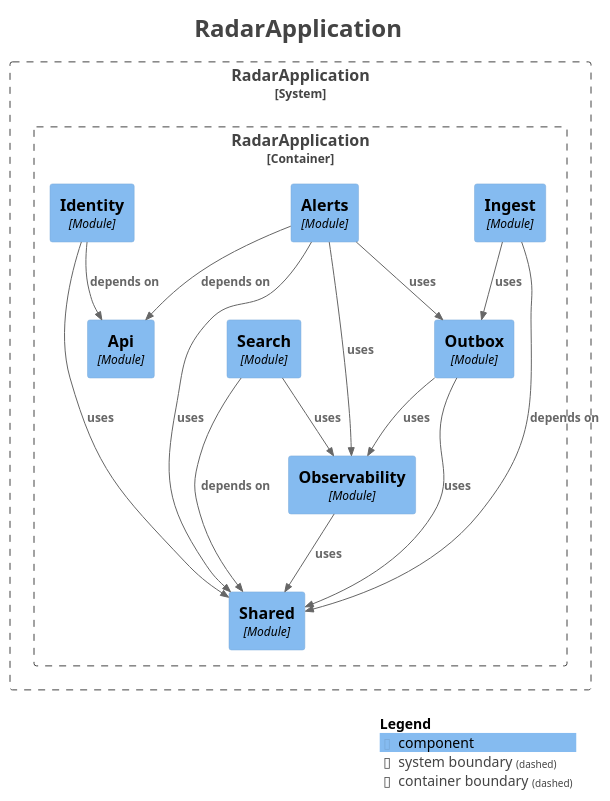
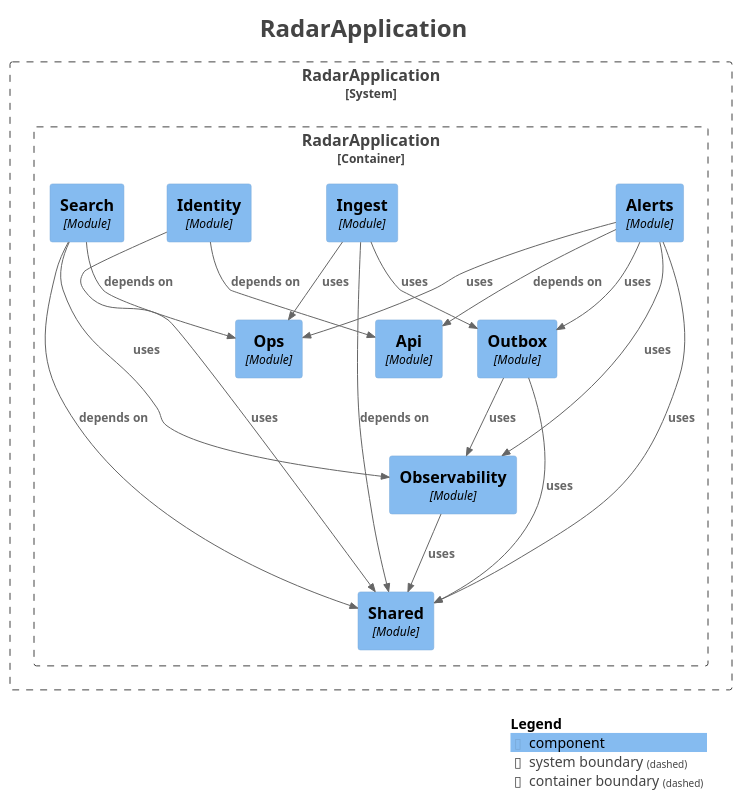
The diagram in docs/modules/components.puml (MiguelSanzBr/radar-licitacoes), drawn with PlantUML before and after one commit. The commit also changed 118 other files, not shown here.

```diff
--- a/docs/modules/components.puml
+++ b/docs/modules/components.puml
@@ -1,48 +1,52 @@
 @startuml
 title <size:24>RadarApplication</size>
 
 set separator none
 top to bottom direction
 
 <style>
   root {
     BackgroundColor: #ffffff
     FontColor: #444444
   }
 </style>
 
 !include <C4/C4>
 !include <C4/C4_Context>
 !include <C4/C4_Component>
 
 System_Boundary("RadarApplication_boundary", "RadarApplication", $tags="") {
   Container_Boundary("RadarApplication.RadarApplication_boundary", "RadarApplication", $tags="") {
+    Component(RadarApplication.RadarApplication.Alerts, "Alerts", $techn="Module", $descr="", $tags="", $link="")
     Component(RadarApplication.RadarApplication.Ingest, "Ingest", $techn="Module", $descr="", $tags="", $link="")
     Component(RadarApplication.RadarApplication.Api, "Api", $techn="Module", $descr="", $tags="", $link="")
+    Component(RadarApplication.RadarApplication.Ops, "Ops", $techn="Module", $descr="", $tags="", $link="")
     Component(RadarApplication.RadarApplication.Shared, "Shared", $techn="Module", $descr="", $tags="", $link="")
     Component(RadarApplication.RadarApplication.Identity, "Identity", $techn="Module", $descr="", $tags="", $link="")
     Component(RadarApplication.RadarApplication.Observability, "Observability", $techn="Module", $descr="", $tags="", $link="")
     Component(RadarApplication.RadarApplication.Outbox, "Outbox", $techn="Module", $descr="", $tags="", $link="")
     Component(RadarApplication.RadarApplication.Search, "Search", $techn="Module", $descr="", $tags="", $link="")
-    Component(RadarApplication.RadarApplication.Alerts, "Alerts", $techn="Module", $descr="", $tags="", $link="")
   }
 
 }
 
-Rel(RadarApplication.RadarApplication.Alerts, RadarApplication.RadarApplication.Api, "depends on", $techn="", $tags="", $link="")
-Rel(RadarApplication.RadarApplication.Alerts, RadarApplication.RadarApplication.Observability, "uses", $techn="", $tags="", $link="")
-Rel(RadarApplication.RadarApplication.Alerts, RadarApplication.RadarApplication.Outbox, "uses", $techn="", $tags="", $link="")
-Rel(RadarApplication.RadarApplication.Alerts, RadarApplication.RadarApplication.Shared, "uses", $techn="", $tags="", $link="")
-Rel(RadarApplication.RadarApplication.Search, RadarApplication.RadarApplication.Shared, "depends on", $techn="", $tags="", $link="")
-Rel(RadarApplication.RadarApplication.Search, RadarApplication.RadarApplication.Observability, "uses", $techn="", $tags="", $link="")
+Rel(RadarApplication.RadarApplication.Observability, RadarApplication.RadarApplication.Shared, "uses", $techn="", $tags="", $link="")
 Rel(RadarApplication.RadarApplication.Identity, RadarApplication.RadarApplication.Api, "depends on", $techn="", $tags="", $link="")
 Rel(RadarApplication.RadarApplication.Identity, RadarApplication.RadarApplication.Shared, "uses", $techn="", $tags="", $link="")
 Rel(RadarApplication.RadarApplication.Outbox, RadarApplication.RadarApplication.Shared, "uses", $techn="", $tags="", $link="")
 Rel(RadarApplication.RadarApplication.Outbox, RadarApplication.RadarApplication.Observability, "uses", $techn="", $tags="", $link="")
+Rel(RadarApplication.RadarApplication.Search, RadarApplication.RadarApplication.Ops, "depends on", $techn="", $tags="", $link="")
+Rel(RadarApplication.RadarApplication.Search, RadarApplication.RadarApplication.Shared, "depends on", $techn="", $tags="", $link="")
+Rel(RadarApplication.RadarApplication.Search, RadarApplication.RadarApplication.Observability, "uses", $techn="", $tags="", $link="")
 Rel(RadarApplication.RadarApplication.Ingest, RadarApplication.RadarApplication.Shared, "depends on", $techn="", $tags="", $link="")
+Rel(RadarApplication.RadarApplication.Ingest, RadarApplication.RadarApplication.Ops, "uses", $techn="", $tags="", $link="")
 Rel(RadarApplication.RadarApplication.Ingest, RadarApplication.RadarApplication.Outbox, "uses", $techn="", $tags="", $link="")
-Rel(RadarApplication.RadarApplication.Observability, RadarApplication.RadarApplication.Shared, "uses", $techn="", $tags="", $link="")
+Rel(RadarApplication.RadarApplication.Alerts, RadarApplication.RadarApplication.Api, "depends on", $techn="", $tags="", $link="")
+Rel(RadarApplication.RadarApplication.Alerts, RadarApplication.RadarApplication.Observability, "uses", $techn="", $tags="", $link="")
+Rel(RadarApplication.RadarApplication.Alerts, RadarApplication.RadarApplication.Ops, "uses", $techn="", $tags="", $link="")
+Rel(RadarApplication.RadarApplication.Alerts, RadarApplication.RadarApplication.Outbox, "uses", $techn="", $tags="", $link="")
+Rel(RadarApplication.RadarApplication.Alerts, RadarApplication.RadarApplication.Shared, "uses", $techn="", $tags="", $link="")
 
 SHOW_LEGEND(true)
 hide stereotypes
 @enduml
```
